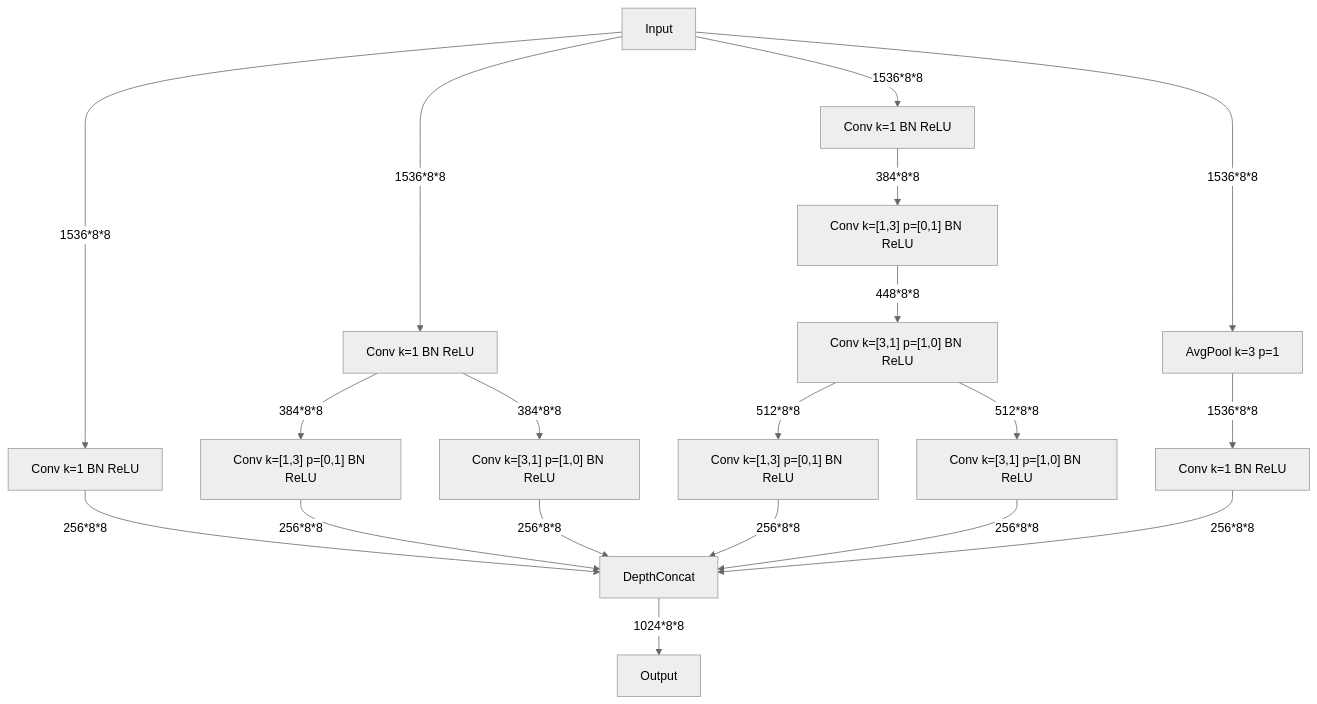
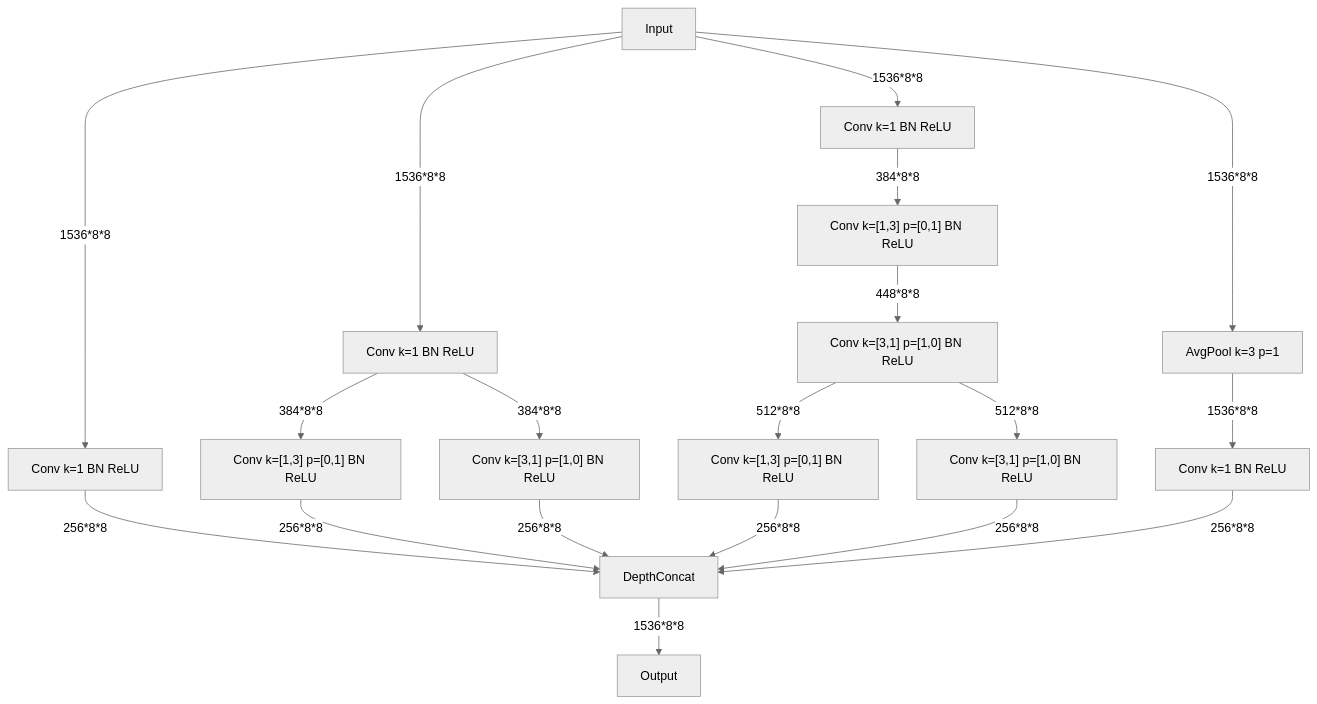
The fifth of 7 diagrams in ImageNet_evolution/Inception-v4.md (ybch14/ybch14.github.io), drawn with Mermaid (neutral theme) before and after one commit. The commit also changed other lines of this file, not shown here.

```diff
--- a/ImageNet_evolution/Inception-v4.md
+++ b/ImageNet_evolution/Inception-v4.md
@@ -297,35 +297,35 @@
 <div class="mermaid" id="inception-c-graph" style="display: block">
 graph TD;
 base["Input"];
 conv1x1["Conv k=1 BN ReLU"];
 conv3x3_a_reduce["Conv k=1 BN ReLU"];
 conv3x3_a_1x3["Conv k=[1,3] p=[0,1] BN ReLU"];
 conv3x3_a_3x1["Conv k=[3,1] p=[1,0] BN ReLU"];
 conv3x3_b_reduce["Conv k=1 BN ReLU"];
 conv3x3_b1_1x3["Conv k=[1,3] p=[0,1] BN ReLU"];
 conv3x3_b1_3x1["Conv k=[3,1] p=[1,0] BN ReLU"];
 conv3x3_b2_1x3["Conv k=[1,3] p=[0,1] BN ReLU"];
 conv3x3_b2_3x1["Conv k=[3,1] p=[1,0] BN ReLU"];
 pool3x3["AvgPool k=3 p=1"];
 conv1x1_pool_proj["Conv k=1 BN ReLU"];
 concat["DepthConcat"];
 output["Output"];
 base --> |"1536*8*8"| conv1x1;
 base --> |"1536*8*8"| conv3x3_a_reduce;
 base --> |"1536*8*8"| conv3x3_b_reduce;
 base --> |"1536*8*8"| pool3x3;
 conv3x3_a_reduce --> |"384*8*8"| conv3x3_a_1x3;
 conv3x3_a_reduce --> |"384*8*8"| conv3x3_a_3x1;
 conv3x3_b_reduce --> |"384*8*8"| conv3x3_b1_1x3;
 conv3x3_b1_1x3 --> |"448*8*8"| conv3x3_b1_3x1;
 conv3x3_b1_3x1 --> |"512*8*8"| conv3x3_b2_1x3;
 conv3x3_b1_3x1 --> |"512*8*8"| conv3x3_b2_3x1;
 pool3x3 --> |"1536*8*8"| conv1x1_pool_proj;
 conv1x1 --> |"256*8*8"| concat;
 conv3x3_a_1x3 --> |"256*8*8"| concat;
 conv3x3_a_3x1 --> |"256*8*8"| concat;
 conv3x3_b2_1x3 --> |"256*8*8"| concat;
 conv3x3_b2_3x1 --> |"256*8*8"| concat;
 conv1x1_pool_proj --> |"256*8*8"| concat;
-concat --> |"1024*8*8"| output;
+concat --> |"1536*8*8"| output;
 </div>
```
